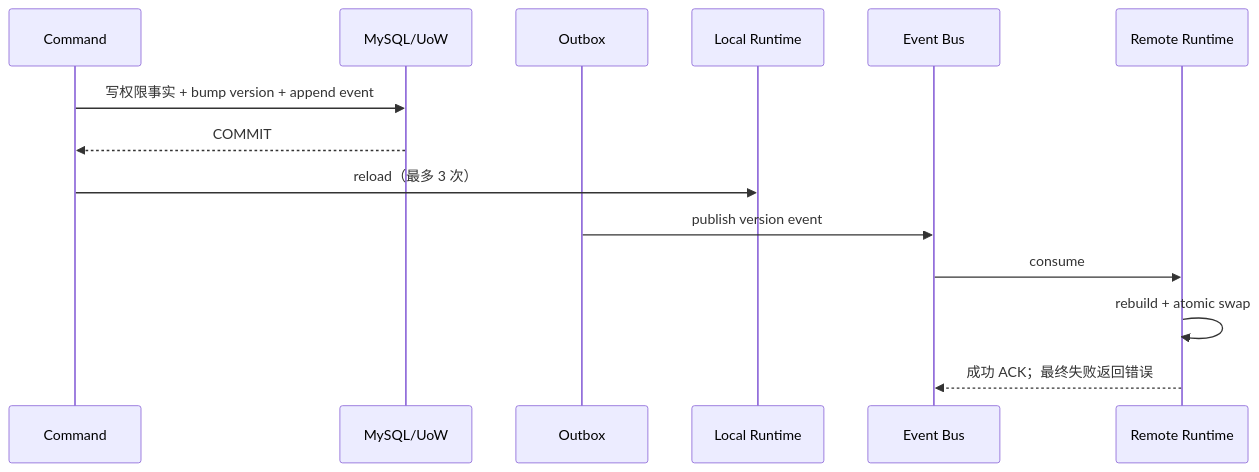
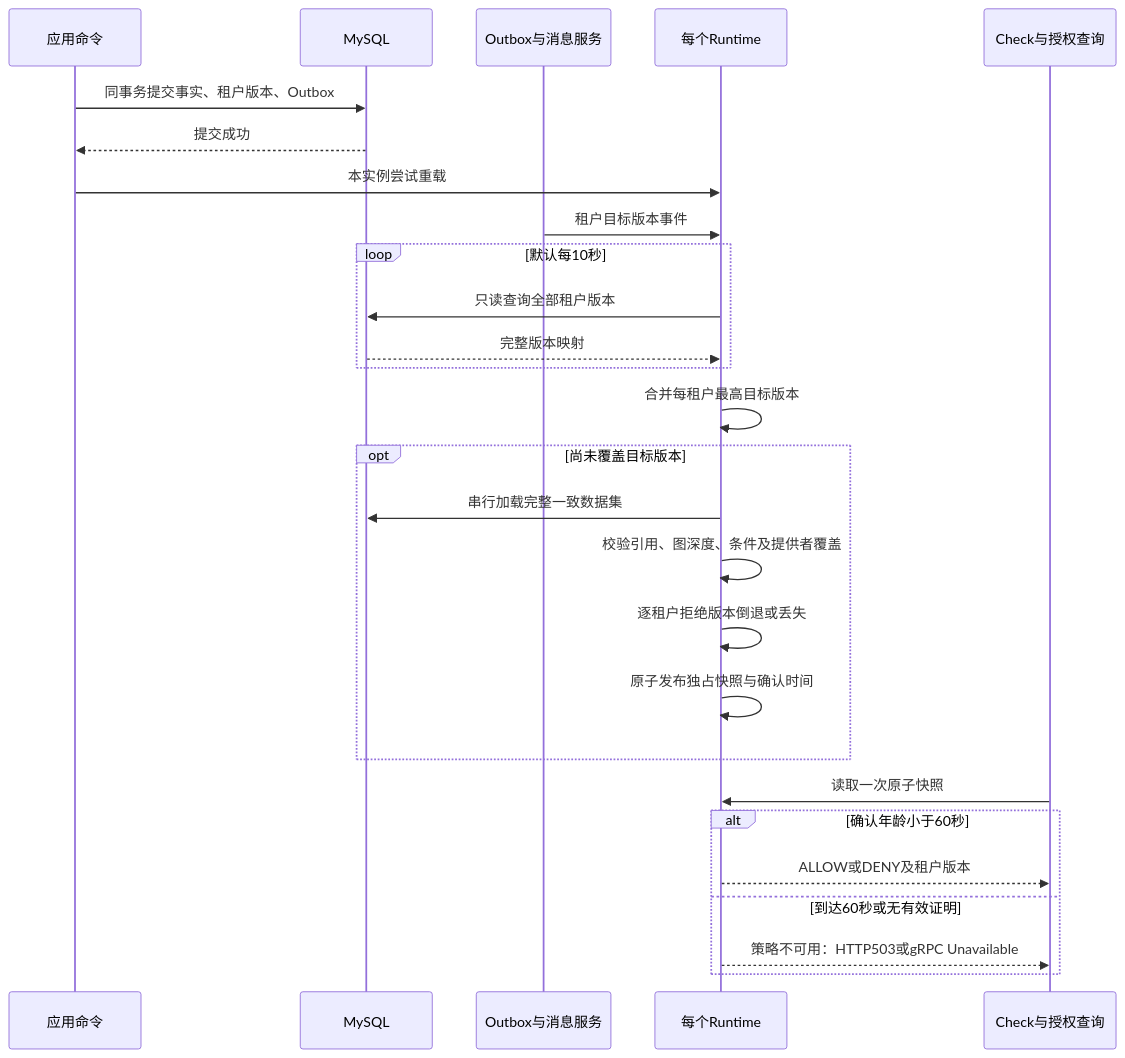
One commit to FangcunMount/iam changed the diagram in docs/02-业务模块/03-AuthZ/04-关键链路-多实例策略收敛.md. Above: the diagram before and after it, drawn with Mermaid. The commit also changed other lines of this file and 23 other files, not shown here.

````diff
--- a/docs/02-业务模块/03-AuthZ/04-关键链路-多实例策略收敛.md
+++ b/docs/02-业务模块/03-AuthZ/04-关键链路-多实例策略收敛.md
@@ -22,16 +9,29 @@
 ```mermaid
 sequenceDiagram
-  participant CMD as Command
-  participant DB as MySQL/UoW
-  participant OB as Outbox
-  participant L as Local Runtime
-  participant E as Event Bus
-  participant R as Remote Runtime
-  CMD->>DB: 写权限事实 + bump version + append event
-  DB-->>CMD: COMMIT
-  CMD->>L: reload（最多 3 次）
-  OB->>E: publish version event
-  E->>R: consume
-  R->>R: rebuild + atomic swap
-  R-->>E: 成功 ACK；最终失败返回错误
+    participant A as 应用命令
+    participant DB as MySQL
+    participant E as Outbox与消息服务
+    participant R as 每个Runtime
+    participant Q as Check与授权查询
+    A->>DB: 同事务提交事实、租户版本、Outbox
+    DB-->>A: 提交成功
+    A->>R: 本实例尝试重载
+    E->>R: 租户目标版本事件
+    loop 默认每10秒
+        R->>DB: 只读查询全部租户版本
+        DB-->>R: 完整版本映射
+    end
+    R->>R: 合并每租户最高目标版本
+    opt 尚未覆盖目标版本
+        R->>DB: 串行加载完整一致数据集
+        R->>R: 校验引用、图深度、条件及提供者覆盖
+        R->>R: 逐租户拒绝版本倒退或丢失
+        R->>R: 原子发布独占快照与确认时间
+    end
+    Q->>R: 读取一次原子快照
+    alt 确认年龄小于60秒
+        R-->>Q: ALLOW或DENY及租户版本
+    else 到达60秒或无有效证明
+        R-->>Q: 策略不可用：HTTP503或gRPC Unavailable
+    end
 ```
````
